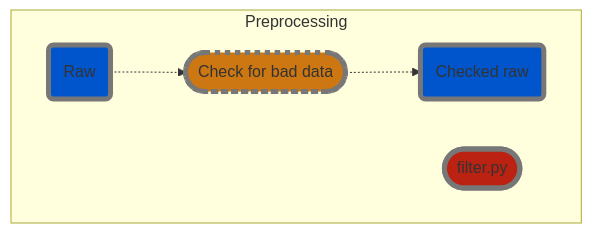
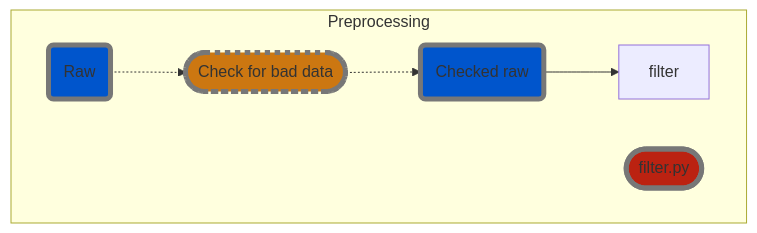
One commit to hiroyoshi-yamasaki/MNE-MVPA changed the diagram in README.md. Above: the diagram before and after it, drawn with Mermaid.

Commit message:
mermaid not working on github

````diff
--- a/README.md
+++ b/README.md
@@ -4,25 +4,25 @@
 ```mermaid
 graph TD
     %% Processes
     classDef automatic_process fill: #b21, stroke-width: 5px, stroke: #777
     classDef manual_process fill: #c71, stroke-width: 5px, stroke: #777, stroke-dasharray: 5, 5;
     
     %% Data
     classDef mne_data fill: #05c, stroke-width: 5px, stroke: #777
     classDef event_data fill: #260, stroke-width: 5px, stroke: #777
     classDef other_data fill: #55c, stroke-width: 5px, stroke: #777
 
     %% Preprocessing MEG data
     subgraph "Preprocessing"
     
         %% Manual check for bad channels, artefacts etc.
         raw_data("Raw"):::mne_data -.-> check_raw(["Check for bad data"]):::manual_process;
         check_raw -.-> checked_raw("Checked raw"):::mne_data;
     
         %% Filter the data
-        filter(["filter.py"]):::automatic_process;
+        checked_raw --> filter;%%(["filter.py"]):::automatic_process;
         %%filter --> filtered_raw("Filtered raw"):::mne_data;
         
     end
     
 ```
````
